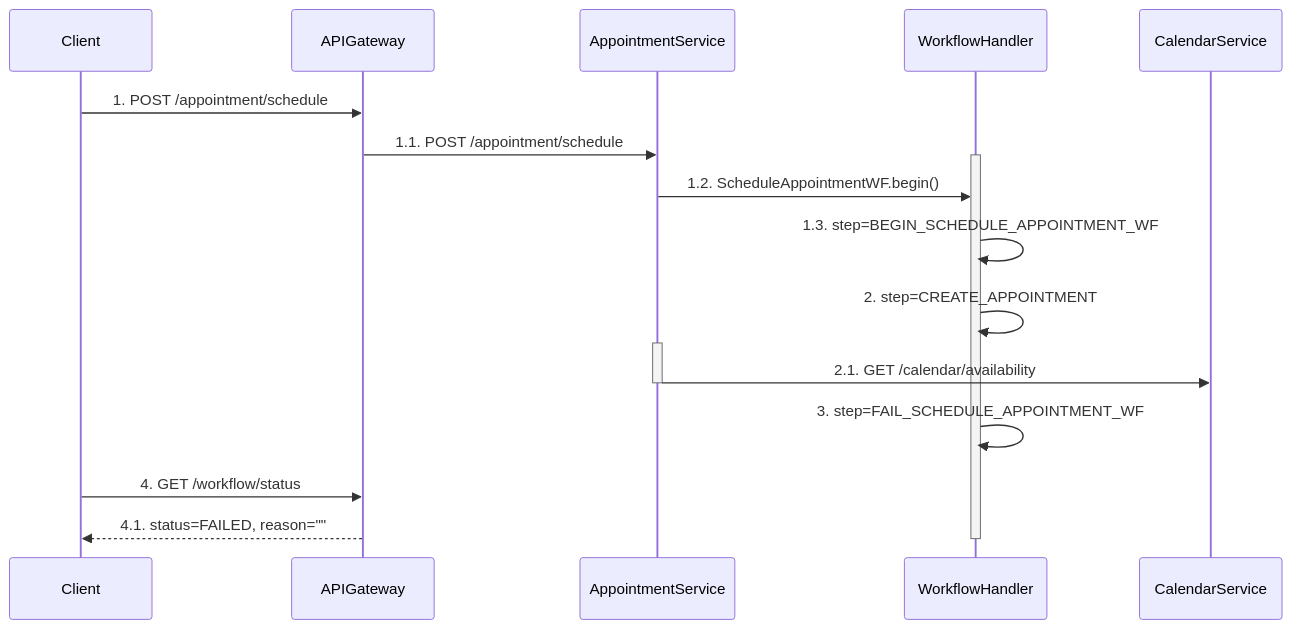
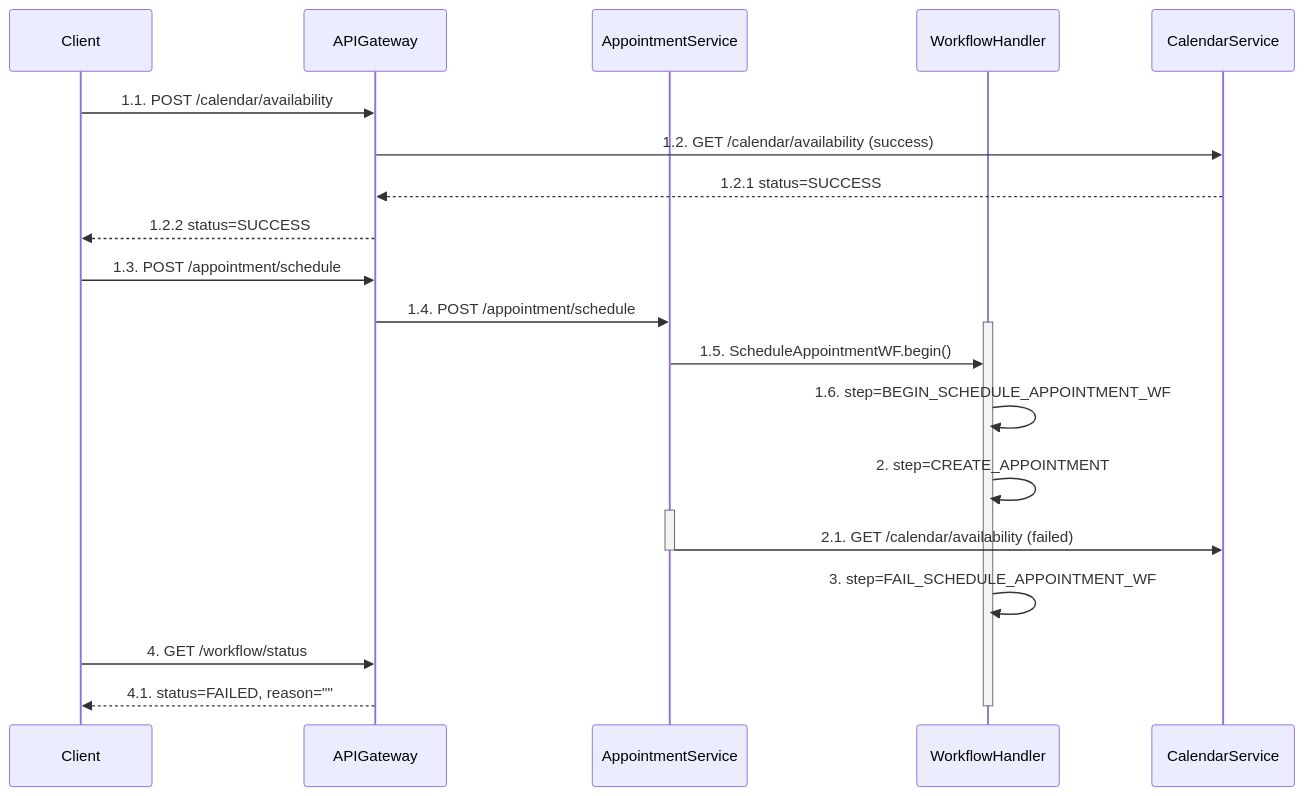
One commit to abdulawr/Healthcare-Appointment-Scheduling-System changed the second of 4 diagrams in docs/architecture/use-cases/appointment.md. Above: the diagram before and after it, drawn with Mermaid. The commit also changed other lines of this file and 1 other file, not shown here.

First line of the commit message:
docs(appointments): add participant history endpoint & expand use-case flows

````diff
--- a/docs/architecture/use-cases/appointment.md
+++ b/docs/architecture/use-cases/appointment.md
@@ -91,27 +95,31 @@
 ```mermaid
 sequenceDiagram
     participant Client
     participant APIGateway
     participant AppointmentService
     participant WorkflowHandler
     participant CalendarService
 
-    Client->>APIGateway: 1. POST /appointment/schedule
-    APIGateway->>AppointmentService: 1.1. POST /appointment/schedule
-    activate WorkflowHandler
-    AppointmentService->>WorkflowHandler: 1.2. ScheduleAppointmentWF.begin()
-    WorkflowHandler->>WorkflowHandler: 1.3. step=BEGIN_SCHEDULE_APPOINTMENT_WF
+   Client->>APIGateway: 1.1. POST /calendar/availability
+   APIGateway->>CalendarService: 1.2. GET /calendar/availability (success)
+   CalendarService-->>APIGateway: 1.2.1 status=SUCCESS
+   APIGateway-->>Client: 1.2.2 status=SUCCESS
+   Client->>APIGateway: 1.3. POST /appointment/schedule
+   APIGateway->>AppointmentService: 1.4. POST /appointment/schedule
+   activate WorkflowHandler
+   AppointmentService->>WorkflowHandler: 1.5. ScheduleAppointmentWF.begin()
+   WorkflowHandler->>WorkflowHandler: 1.6. step=BEGIN_SCHEDULE_APPOINTMENT_WF
 
     WorkflowHandler->>WorkflowHandler: 2. step=CREATE_APPOINTMENT
 
     activate AppointmentService
-    AppointmentService->>CalendarService: 2.1. GET /calendar/availability
+    AppointmentService->>CalendarService: 2.1. GET /calendar/availability (failed)
     deactivate AppointmentService
 
     WorkflowHandler->>WorkflowHandler: 3. step=FAIL_SCHEDULE_APPOINTMENT_WF
 
    Client->>APIGateway: 4. GET /workflow/status
    APIGateway-->>Client: 4.1. status=FAILED, reason=""
 
     deactivate WorkflowHandler
 ```
````
